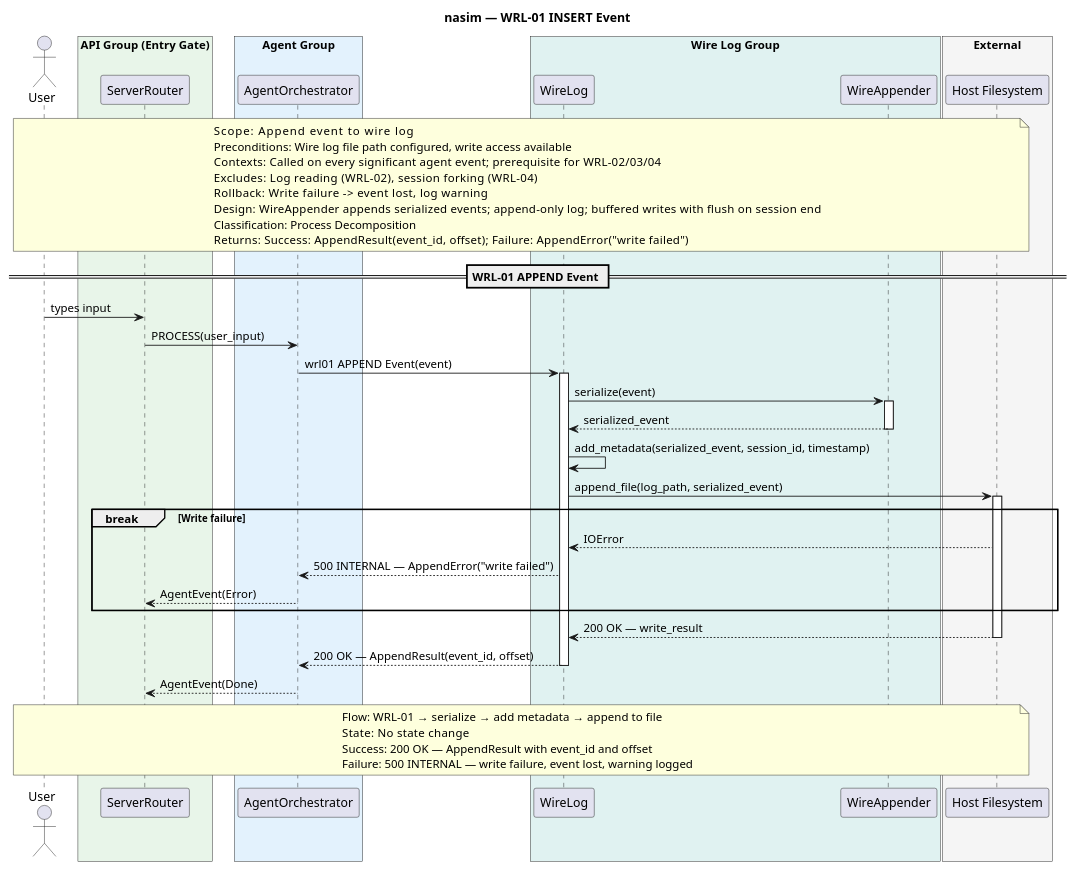
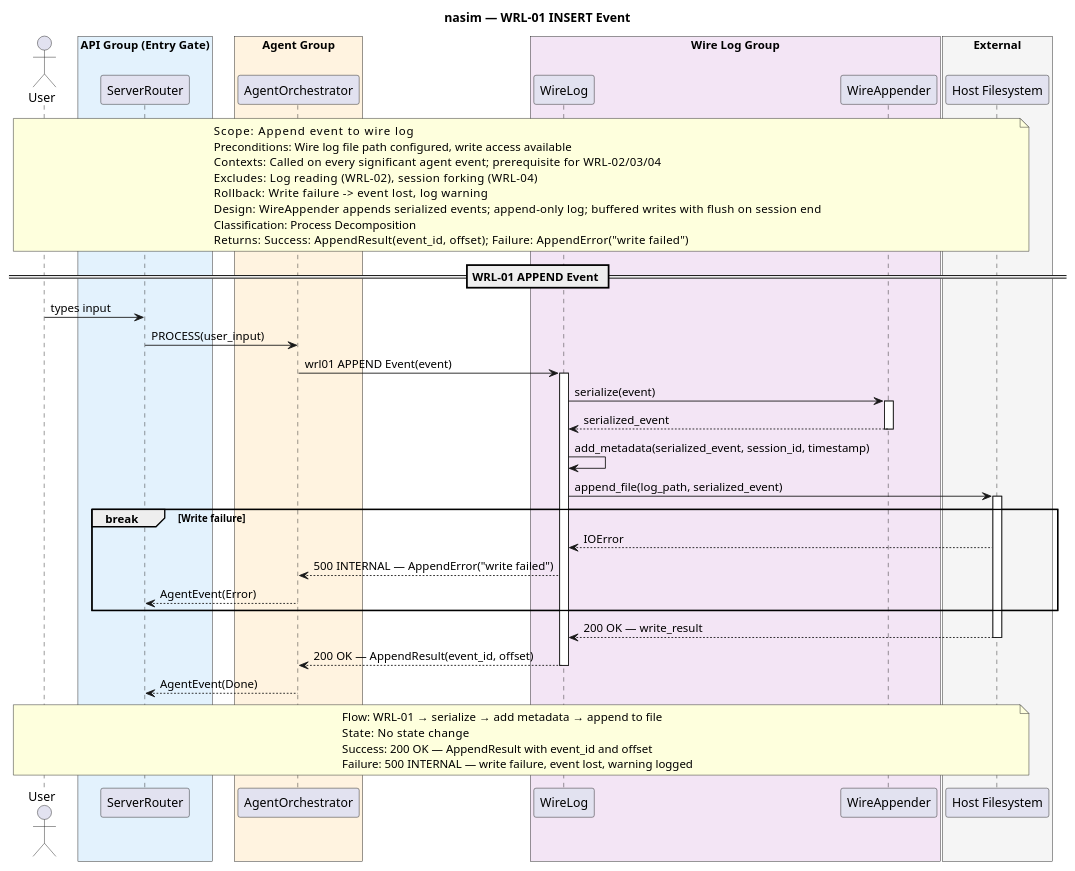
One commit to salimnamvar/nasim changed the diagram in docs/SQ/WRL/sq_wrl01_append_event.puml. Above: the diagram before and after it, drawn with PlantUML. The commit also changed 193 other files, not shown here.

First line of the commit message:
docs: Add role prompts and documentation for architectural refinement

```diff
--- a/docs/SQ/WRL/sq_wrl01_append_event.puml
+++ b/docs/SQ/WRL/sq_wrl01_append_event.puml
@@ -1,80 +1,80 @@
 @startuml sq_wrl01_append_event
 ' ============================================================
 ' Title:     WRL-01 — APPEND Event
 ' Boundary:  nasim code agent
 ' Purpose:   Append event to wire log
 ' Milestone: v1.0
 ' Version:   9.1.0
 ' Source:    CAR refinement loop — API-First transformation
 ' Review:    docs/SQ/README.md
 ' ============================================================
 
 title nasim — WRL-01 INSERT Event
 
 actor "User" as user
 
-box "API Group (Entry Gate)" #E8F5E9
+box "API Group (Entry Gate)" #E3F2FD
   participant "ServerRouter" as router
 end box
-box "Agent Group" #E3F2FD
+box "Agent Group" #FFF3E0
   participant "AgentOrchestrator" as agent
 end box
-box "Wire Log Group" #E0F2F1
+box "Wire Log Group" #F3E5F5
   participant "WireLog" as wirelog
   participant "WireAppender" as appender
 end box
 box "External" #F5F5F5
   participant "Host Filesystem" as fs
 end box
 
 note over user, fs
   Scope:          Append event to wire log
   Preconditions:  Wire log file path configured, write access available
   Contexts:       Called on every significant agent event; prerequisite for WRL-02/03/04
   Excludes:       Log reading (WRL-02), session forking (WRL-04)
   Rollback:       Write failure -> event lost, log warning
   Design:         WireAppender appends serialized events; append-only log; buffered writes with flush on session end
   Classification: Process Decomposition
   Returns:        Success: AppendResult(event_id, offset); Failure: AppendError("write failed")
 end note
 
 == WRL-01 APPEND Event ==
 
 user -> router : types input
 router -> agent : PROCESS(user_input)
 
 agent -> wirelog : wrl01 APPEND Event(event)
 activate wirelog
 
 wirelog -> appender : serialize(event)
 activate appender
 appender --> wirelog : serialized_event
 deactivate appender
 
 wirelog -> wirelog : add_metadata(serialized_event, session_id, timestamp)
 
 wirelog -> fs : append_file(log_path, serialized_event)
 activate fs
 
 break Write failure
     fs --> wirelog : IOError
     wirelog --> agent : 500 INTERNAL — AppendError("write failed")
     agent --> router : AgentEvent(Error)
 end
 
 fs --> wirelog : 200 OK — write_result
 deactivate fs
 
 wirelog --> agent : 200 OK — AppendResult(event_id, offset)
 deactivate wirelog
 
 agent --> router : AgentEvent(Done)
 
 note over user, fs
   Flow:    WRL-01 → serialize → add metadata → append to file
   State:   No state change
   Success: 200 OK — AppendResult with event_id and offset
   Failure: 500 INTERNAL — write failure, event lost, warning logged
 end note
 
 @enduml
```
